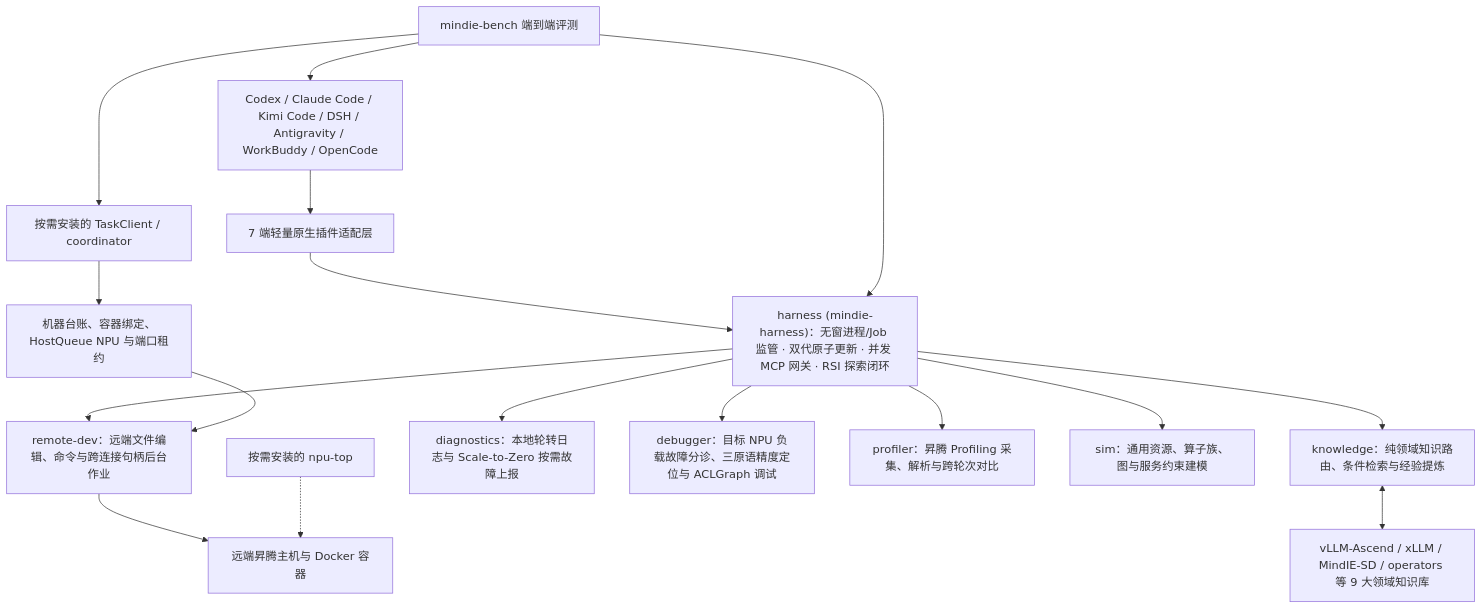
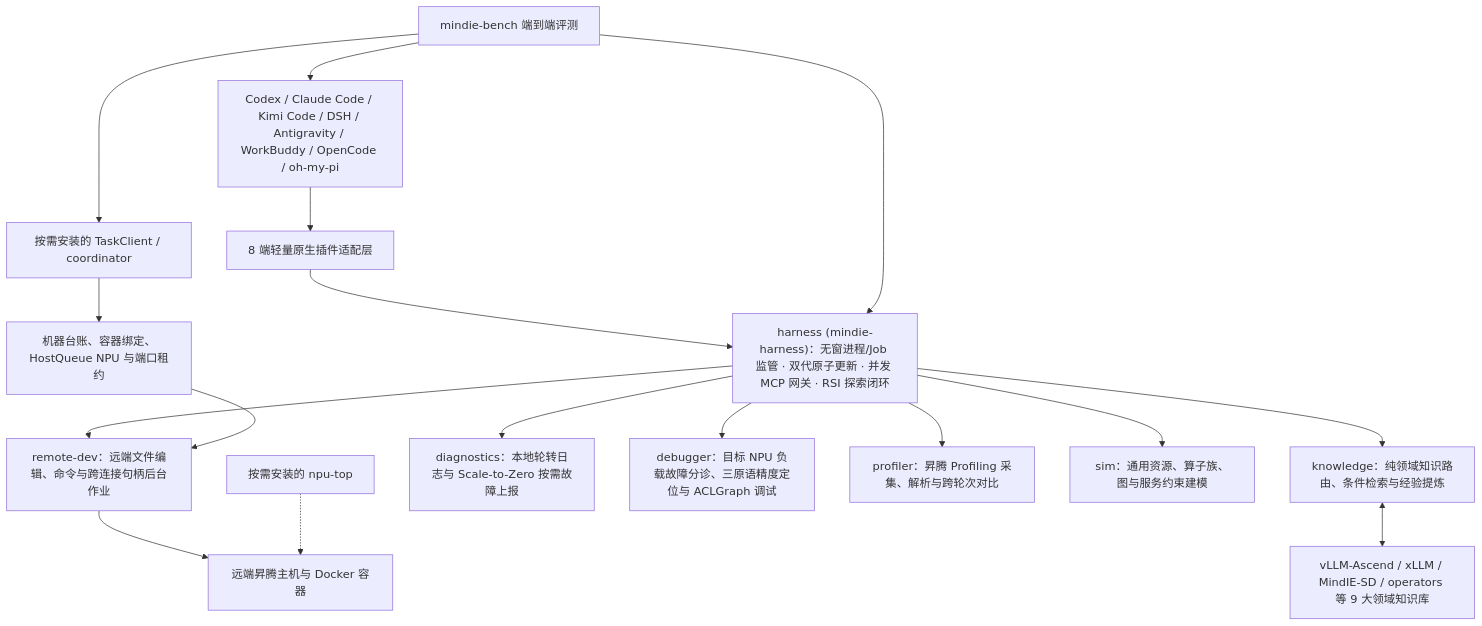
The diagram in docs/architecture.md (mindie-agent/mindie-agent), drawn with Mermaid before and after one commit. The commit also changed other lines of this file and 15 other files, not shown here.

````diff
--- a/docs/architecture.md
+++ b/docs/architecture.md
@@ -11,19 +11,19 @@
 ```mermaid
 flowchart TB
-    H["Codex / Claude Code / Kimi Code / DSH / Antigravity / WorkBuddy / OpenCode"] --> P["7 端轻量原生插件适配层"]
+    H["Codex / Claude Code / Kimi Code / DSH / Antigravity / WorkBuddy / OpenCode / oh-my-pi"] --> P["8 端轻量原生插件适配层"]
     P --> HS["harness (mindie-harness)：无窗进程/Job 监管 · 双代原子更新 · 并发 MCP 网关 · RSI 探索闭环"]
     HS --> K["knowledge：纯领域知识路由、条件检索与经验提炼"]
     HS --> R["remote-dev：远端文件编辑、命令与跨连接句柄后台作业"]
     HS --> D["diagnostics：本地轮转日志与 Scale-to-Zero 按需故障上报"]
     HS --> DB["debugger：目标 NPU 负载故障分诊、三原语精度定位与 ACLGraph 调试"]
     HS --> PR["profiler：昇腾 Profiling 采集、解析与跨轮次对比"]
     HS --> S["sim：通用资源、算子族、图与服务约束建模"]
     K <--> F["vLLM-Ascend / xLLM / MindIE-SD / operators 等 9 大领域知识库"]
     T["按需安装的 TaskClient / coordinator"] --> Q["机器台账、容器绑定、HostQueue NPU 与端口租约"]
     Q --> R
     R --> N["远端昇腾主机与 Docker 容器"]
     M["按需安装的 npu-top"] -.-> N
     B["mindie-bench 端到端评测"] --> T
     B --> HS
     B --> H
 ```
````
